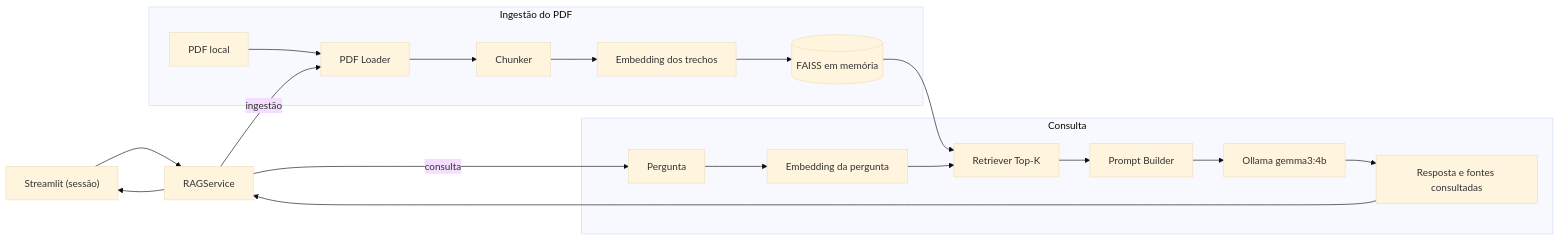
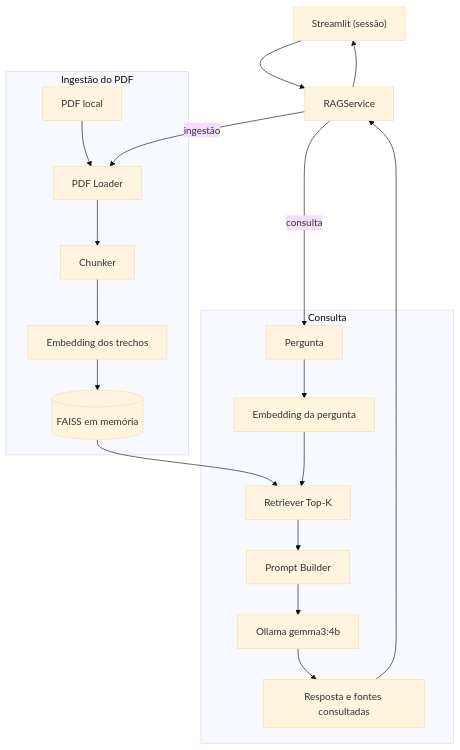
The diagram in README.md (Hayltons/UFG_Curso4_Lab03_RAG), drawn with Mermaid (base theme) before and after one commit. The commit also changed other lines of this file and 9 other files, not shown here.

````diff
--- a/README.md
+++ b/README.md
@@ -43,18 +43,18 @@
 ```mermaid
-flowchart LR
+flowchart TD
     UI["Streamlit (sessão)"] --> Service["RAGService"]
     Service -->|ingestão| Loader
     Service -->|consulta| Question
 
     subgraph Ingestao["Ingestão do PDF"]
         PDF["PDF local"] --> Loader["PDF Loader"] --> Chunker --> DocEmbedding["Embedding dos trechos"] --> Store[("FAISS em memória")]
     end
 
     subgraph Consulta["Consulta"]
         Question["Pergunta"] --> QueryEmbedding["Embedding da pergunta"] --> Retriever["Retriever Top-K"] --> Prompt["Prompt Builder"] --> Ollama["Ollama gemma3:4b"] --> Answer["Resposta e fontes consultadas"]
     end
 
     Store --> Retriever
     Answer --> Service
     Service --> UI
 ```
````
